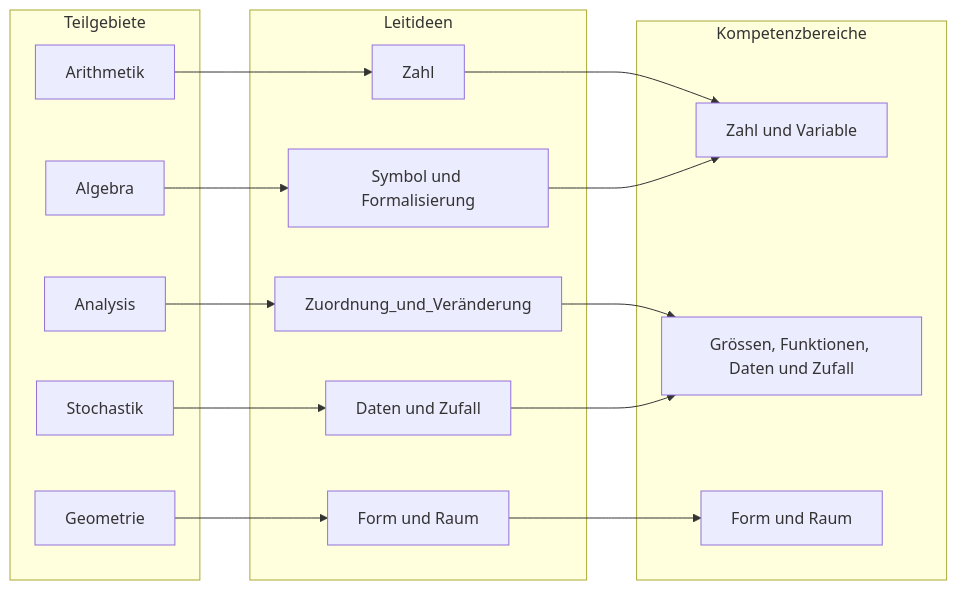
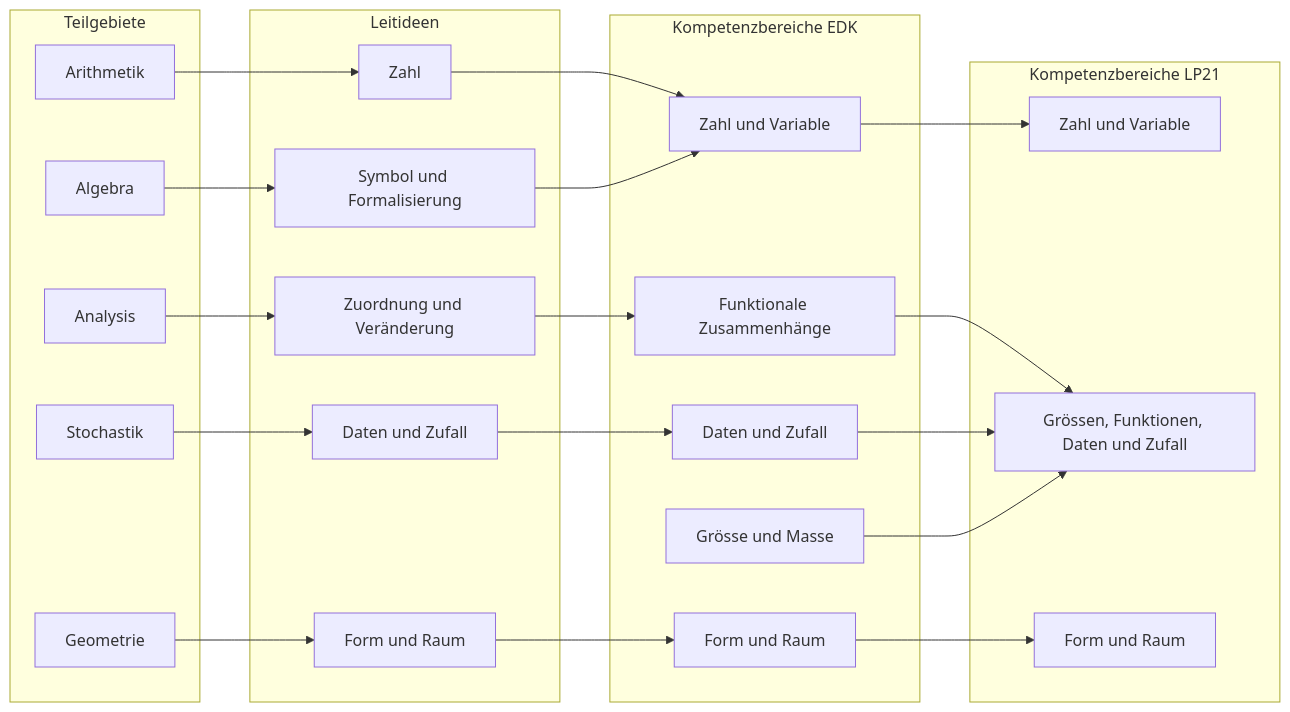
The first of 2 diagrams in math_summative_praes/woche_03.qmd (PHBern-RConrardy/lerngelegenheiten), drawn with Mermaid before and after one commit. The commit also changed other lines of this file and 13 other files, not shown here.

````diff
--- a/math_summative_praes/woche_03.qmd
+++ b/math_summative_praes/woche_03.qmd
@@ -48,47 +45,60 @@
 ```{mermaid}
 graph LR;
   b1[Arithmetik];
   b2[Stochastik];
   b3[Geometrie];
   i5[Zahl];
   k1[Zahl und Variable];
   b4[Algebra];
   i1[Symbol und Formalisierung];
   b5[Analysis];
-  i2[Zuordnung_und_Veränderung];
+  i2[Zuordnung und Veränderung];
   i3[Daten und Zufall];
   i4[Form und Raum];
   k2[Grössen, Funktionen, Daten und Zufall];
   k3[Form und Raum];
-  b1-->i5-->k1;
-  b4-->i1-->k1;
-  b5-->i2-->k2;
-  b2-->i3-->k2;
-  b3-->i4-->k3;
+  edk1[Zahl und Variable];
+  edk2[Form und Raum];
+  edk3[Grösse und Masse];
+  edk4[Funktionale Zusammenhänge];
+  edk5[Daten und Zufall];
+  b1-->i5-->edk1-->k1;
+  b4-->i1-->edk1;
+  b5-->i2-->edk4-->k2;
+  b2-->i3-->edk5-->k2;
+  b3-->i4-->edk2-->k3;
+  edk3-->k2;
   subgraph Teilgebiete
     b1;
     b2;
     b3;
     b4;
     b5;
+  end
+  subgraph B[Kompetenzbereiche EDK]
+    edk1;
+    edk2;
+    edk3;
+    edk4;
+    edk5;
   end
   subgraph Leitideen
     i1;
     i2;
     i3;
     i4;
     i5;
   end
-  subgraph K[Kompetenzbereiche]
+  subgraph K[Kompetenzbereiche LP21]
     k1;
     k2;
     k3;
   end
   
 classDef title font-size:14px
 classDef padding stroke:none,fill:none
 
 class main title
 class padding padding
   
 ```
````
